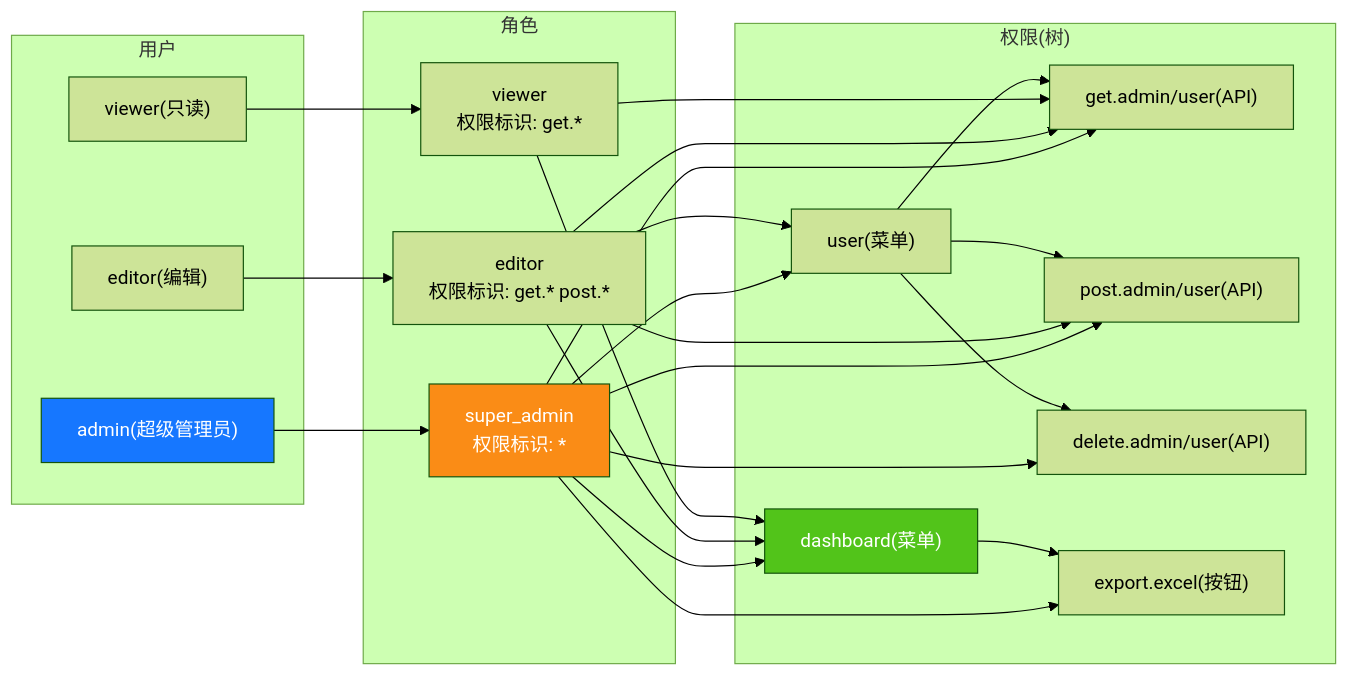
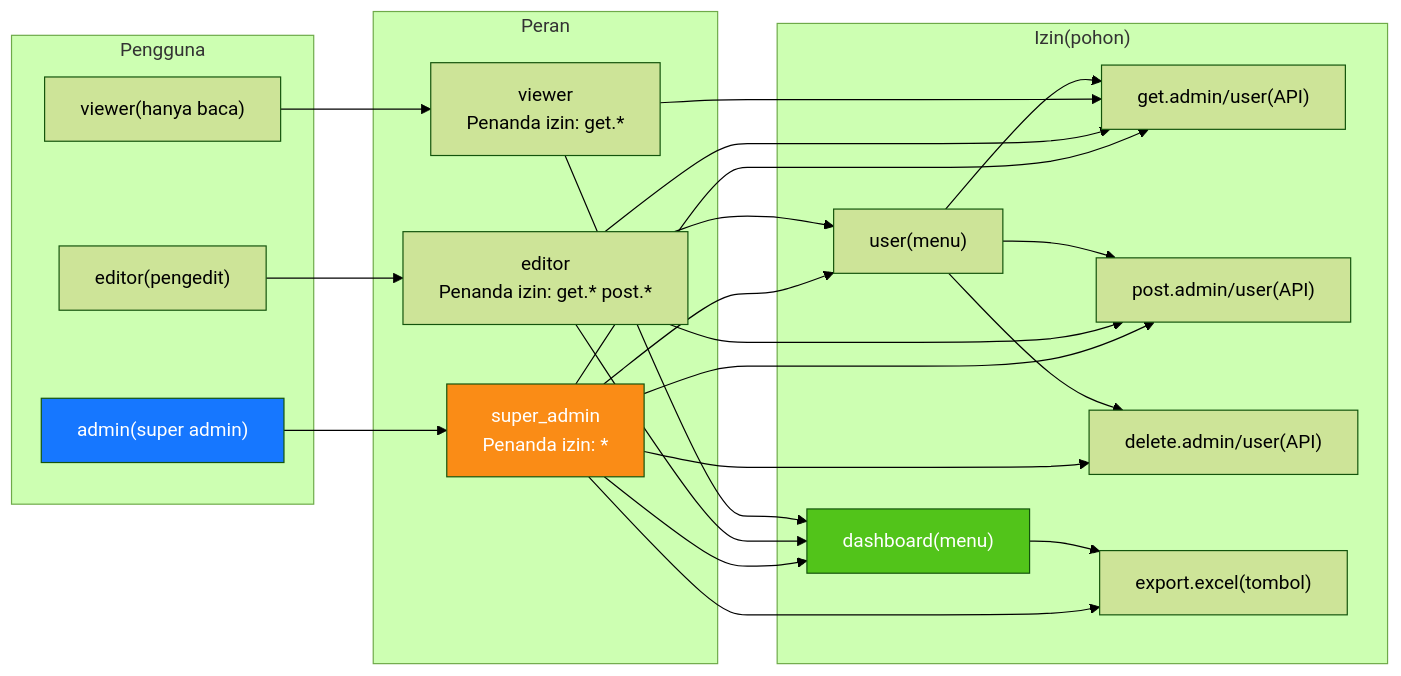
One commit to erikwang2013/game-platform-php changed the first of 3 diagrams in admin/docs/diagrams/05-rbac-model.id.md. Above: the diagram before and after it, drawn with Mermaid (forest theme). The commit also changed other lines of this file and 211 other files, not shown here.

First line of the commit message:
fix: 支付配置读回类型根治、提现事件对账巡检，12 语族 mermaid 与 API 标签本地化

````diff
--- a/admin/docs/diagrams/05-rbac-model.id.md
+++ b/admin/docs/diagrams/05-rbac-model.id.md
@@ -9,36 +9,36 @@
 ```mermaid
 flowchart LR
-    subgraph users["用户"]
-        u1["admin(超级管理员)"]
-        u2["editor(编辑)"]
-        u3["viewer(只读)"]
+    subgraph users["Pengguna"]
+        u1["admin(super admin)"]
+        u2["editor(pengedit)"]
+        u3["viewer(hanya baca)"]
     end
 
-    subgraph roles["角色"]
-        r1["super_admin<br/>权限标识: *"]
-        r2["editor<br/>权限标识: get.* post.*"]
-        r3["viewer<br/>权限标识: get.*"]
+    subgraph roles["Peran"]
+        r1["super_admin<br/>Penanda izin: *"]
+        r2["editor<br/>Penanda izin: get.* post.*"]
+        r3["viewer<br/>Penanda izin: get.*"]
     end
 
-    subgraph permissions["权限(树)"]
-        p1["dashboard(菜单)"]
-        p2["user(菜单)"]
+    subgraph permissions["Izin(pohon)"]
+        p1["dashboard(menu)"]
+        p2["user(menu)"]
         p3["get.admin/user(API)"]
         p4["post.admin/user(API)"]
         p5["delete.admin/user(API)"]
-        p6["export.excel(按钮)"]
+        p6["export.excel(tombol)"]
     end
 
     u1 --> r1
     u2 --> r2
     u3 --> r3
     r1 --> p1 & p2 & p3 & p4 & p5 & p6
     r2 --> p1 & p2 & p3 & p4
     r3 --> p1 & p3
     p2 --> p3 & p4 & p5
     p1 --> p6
 
     style u1 fill:#1677FF,color:#fff
     style r1 fill:#FA8C16,color:#fff
     style p1 fill:#52C41A,color:#fff
 ```
````
